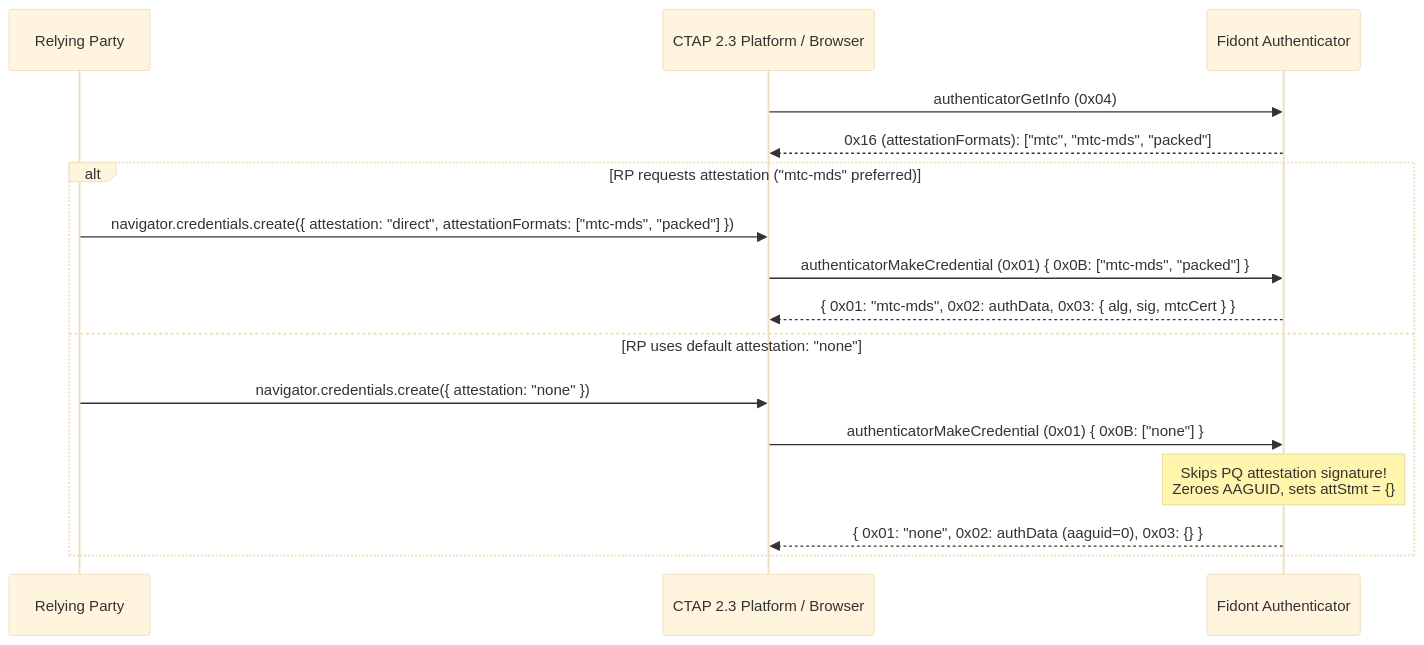
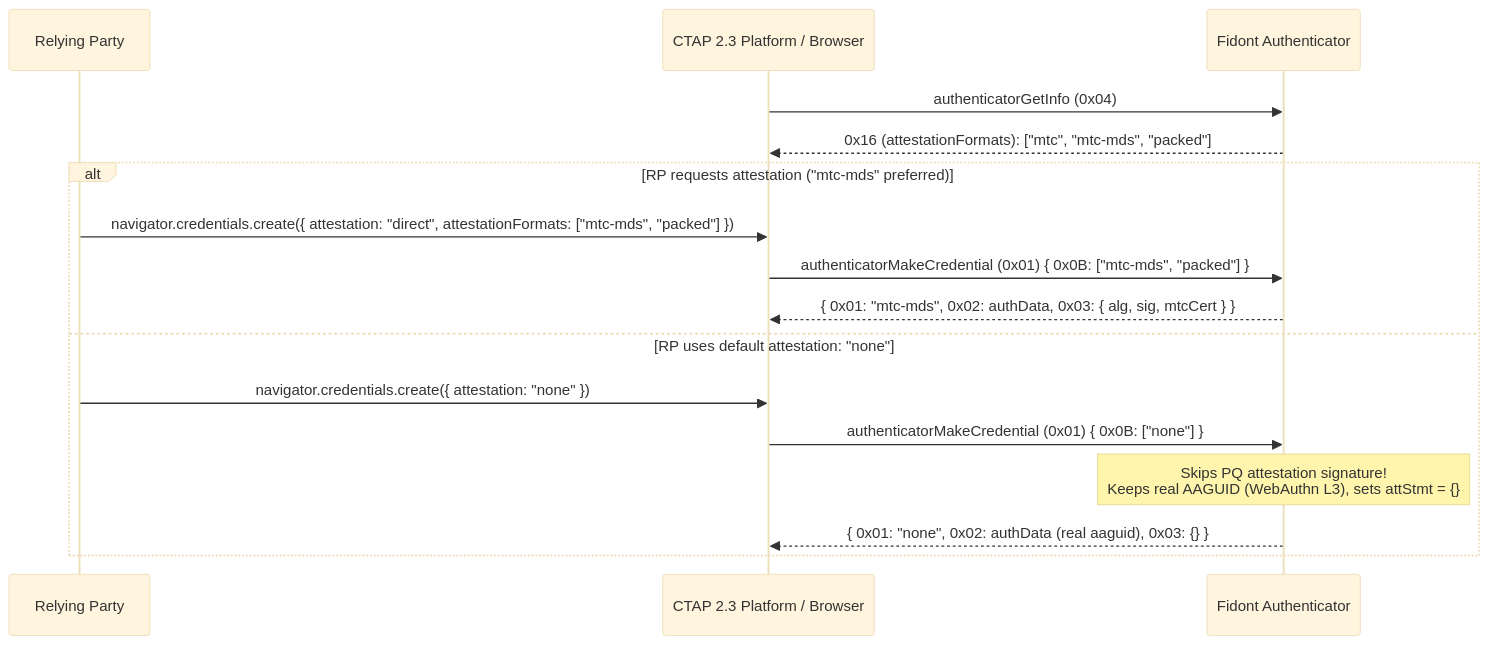
One commit to ve7jtb/ve7jtb.github.io changed the second of 4 diagrams in pq_mtc_attestation_proposal.md. Above: the diagram before and after it, drawn with Mermaid (base theme). The commit also changed other lines of this file and 1 other file, not shown here.

````diff
--- a/pq_mtc_attestation_proposal.md
+++ b/pq_mtc_attestation_proposal.md
@@ -416,19 +435,19 @@
 ```mermaid
 sequenceDiagram
     participant RP as Relying Party
     participant Client as CTAP 2.3 Platform / Browser
     participant Authnr as Fidont Authenticator
 
     Client->>Authnr: authenticatorGetInfo (0x04)
     Authnr-->>Client: 0x16 (attestationFormats): ["mtc", "mtc-mds", "packed"]
     alt RP requests attestation ("mtc-mds" preferred)
         RP->>Client: navigator.credentials.create({ attestation: "direct", attestationFormats: ["mtc-mds", "packed"] })
         Client->>Authnr: authenticatorMakeCredential (0x01) { 0x0B: ["mtc-mds", "packed"] }
         Authnr-->>Client: { 0x01: "mtc-mds", 0x02: authData, 0x03: { alg, sig, mtcCert } }
     else RP uses default attestation: "none"
         RP->>Client: navigator.credentials.create({ attestation: "none" })
         Client->>Authnr: authenticatorMakeCredential (0x01) { 0x0B: ["none"] }
-        Note over Authnr: Skips PQ attestation signature!<br/>Zeroes AAGUID, sets attStmt = {}
-        Authnr-->>Client: { 0x01: "none", 0x02: authData (aaguid=0), 0x03: {} }
+        Note over Authnr: Skips PQ attestation signature!<br/>Keeps real AAGUID (WebAuthn L3), sets attStmt = {}
+        Authnr-->>Client: { 0x01: "none", 0x02: authData (real aaguid), 0x03: {} }
     end
 ```
````
